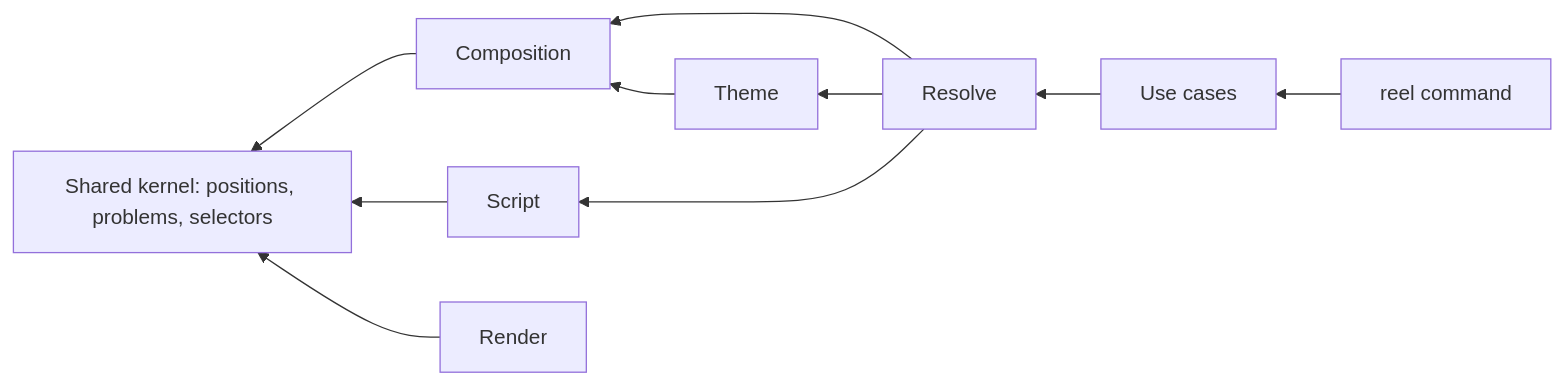
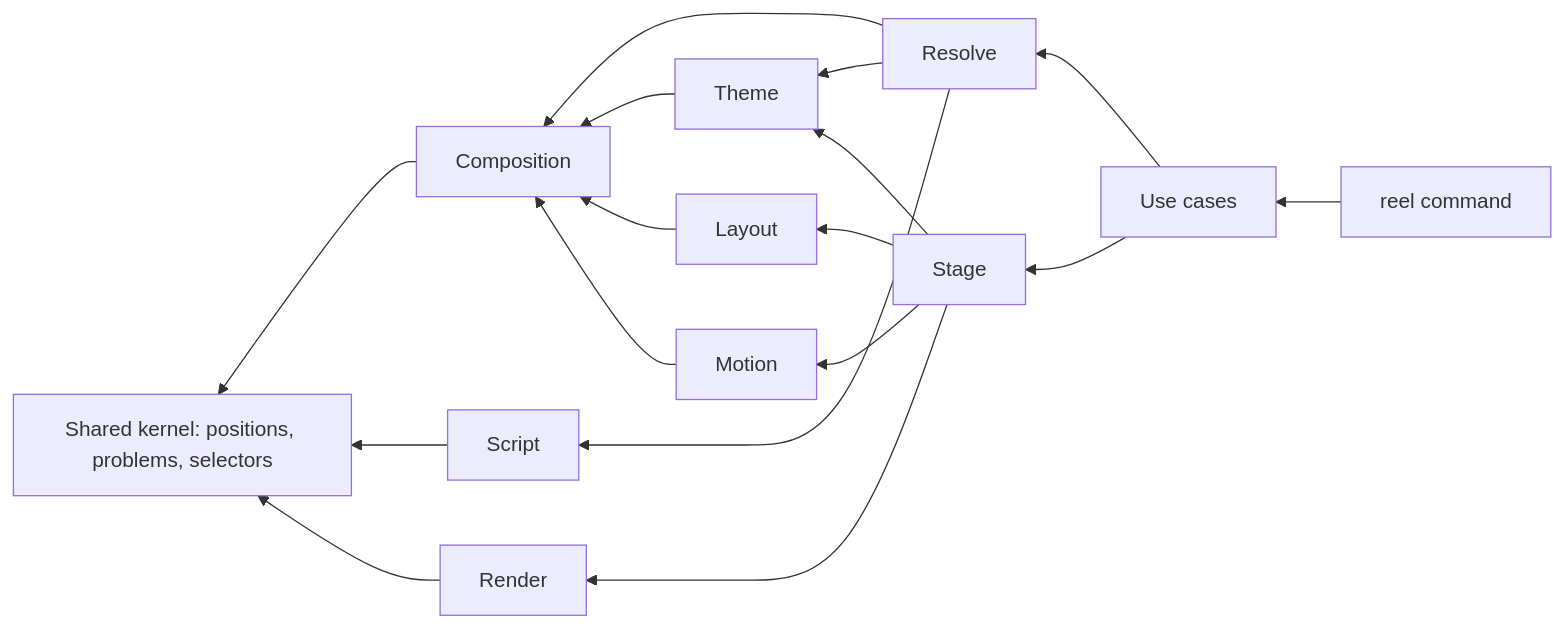
One commit to nessalabs/nessa-video changed the diagram in docs/state/domain-language.md. Above: the diagram before and after it, drawn with Mermaid. The commit also changed other lines of this file and 27 other files, not shown here.

First line of the commit message:
Add layout, stage and reel still; rename module to nessa-video

````diff
--- a/docs/state/domain-language.md
+++ b/docs/state/domain-language.md
@@ -26,12 +27,19 @@
 ```mermaid
 flowchart RL
     Resolve[Resolve] --> Script[Script]
     Resolve --> Composition[Composition]
     Resolve --> Theme[Theme]
     Theme --> Composition
     Composition --> Kernel[Shared kernel: positions, problems, selectors]
     Script --> Kernel
     Render[Render] --> Kernel
+    Layout[Layout] --> Composition
+    Motion[Motion] --> Composition
+    Stage[Stage] --> Layout
+    Stage --> Motion
+    Stage --> Render
+    Stage --> Theme
     App[Use cases] --> Resolve
+    App --> Stage
     CLI[reel command] --> App
 ```
````
